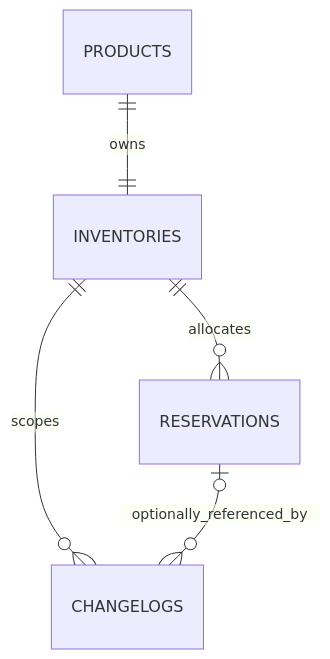
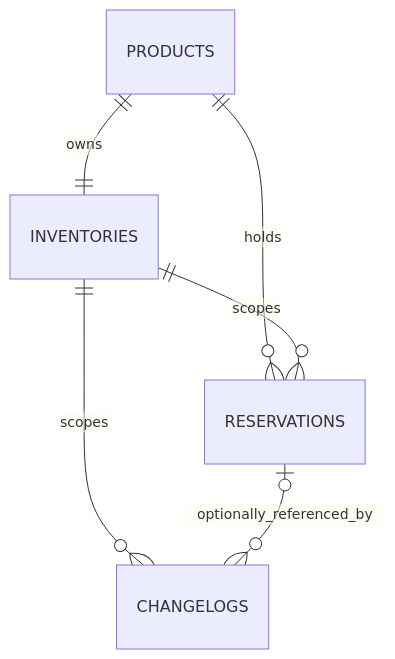
One commit to potzchan6969/grade10-spec changed the second of 2 diagrams in openspec/changes/add-grade10-inventory/design.md. Above: the diagram before and after it, drawn with Mermaid. The commit also changed other lines of this file and 9 other files, not shown here.

````diff
--- a/openspec/changes/add-grade10-inventory/design.md
+++ b/openspec/changes/add-grade10-inventory/design.md
@@ -263,7 +198,8 @@
 ```mermaid
 erDiagram
   PRODUCTS ||--|| INVENTORIES : owns
-  INVENTORIES ||--o{ RESERVATIONS : allocates
+  PRODUCTS ||--o{ RESERVATIONS : holds
+  INVENTORIES ||--o{ RESERVATIONS : scopes
   INVENTORIES ||--o{ CHANGELOGS : scopes
   RESERVATIONS o|--o{ CHANGELOGS : optionally_referenced_by
 ```
````
